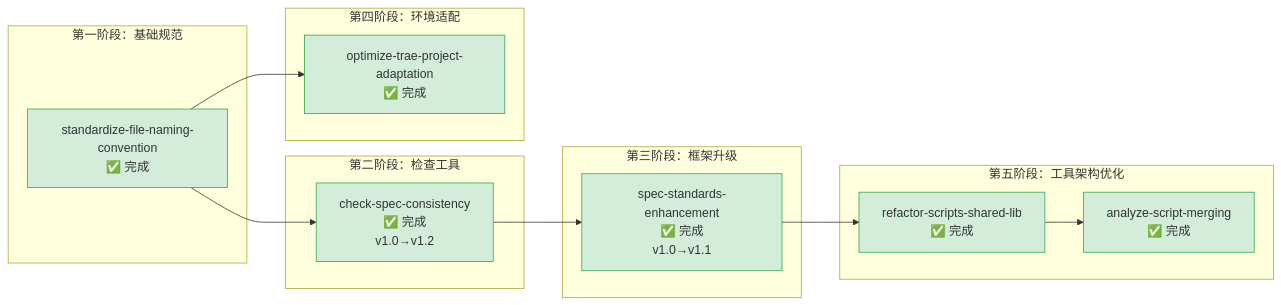
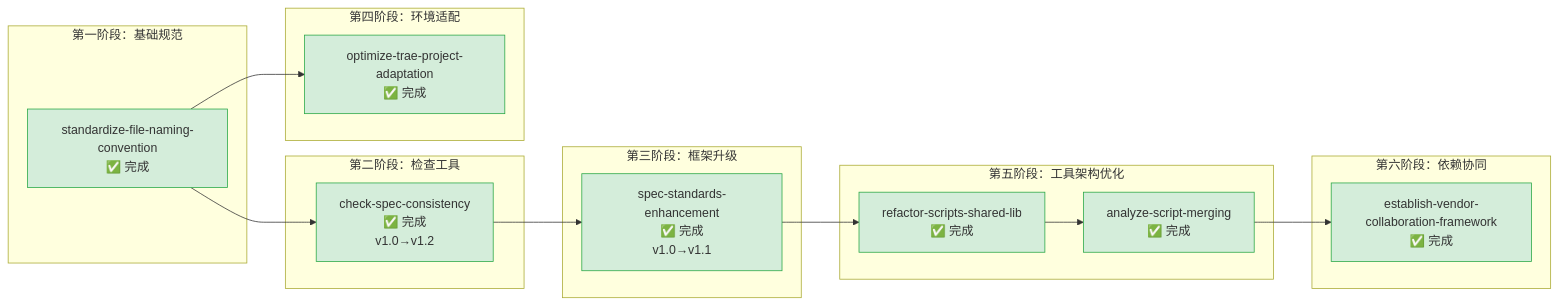
One commit to xinetzone/SpecWeave changed the diagram in .trae/specs/standards-tools/README.md. Above: the diagram before and after it, drawn with Mermaid. The commit also changed other lines of this file and 12 other files, not shown here.

````diff
--- a/.trae/specs/standards-tools/README.md
+++ b/.trae/specs/standards-tools/README.md
@@ -26,30 +27,35 @@
 ```mermaid
 flowchart LR
     subgraph S1 ["第一阶段：基础规范"]
         SFNC["standardize-file-naming-convention<br>✅ 完成"]
     end
     subgraph S2 ["第二阶段：检查工具"]
         CSC["check-spec-consistency<br>✅ 完成<br>v1.0→v1.2"]
     end
     subgraph S3 ["第三阶段：框架升级"]
         SSE["spec-standards-enhancement<br>✅ 完成<br>v1.0→v1.1"]
     end
     subgraph S4 ["第四阶段：环境适配"]
         OTPA["optimize-trae-project-adaptation<br>✅ 完成"]
     end
     subgraph S5 ["第五阶段：工具架构优化"]
         RSL["refactor-scripts-shared-lib<br>✅ 完成"]
         ASM["analyze-script-merging<br>✅ 完成"]
     end
+    subgraph S6 ["第六阶段：依赖协同"]
+        EVCF["establish-vendor-collaboration-framework<br>✅ 完成"]
+    end
     SFNC --> CSC
     CSC --> SSE
     SFNC --> OTPA
     SSE --> RSL
     RSL --> ASM
+    ASM --> EVCF
     style SFNC fill:#d4edda,stroke:#28a745
     style CSC fill:#d4edda,stroke:#28a745
     style SSE fill:#d4edda,stroke:#28a745
     style OTPA fill:#d4edda,stroke:#28a745
     style RSL fill:#d4edda,stroke:#28a745
     style ASM fill:#d4edda,stroke:#28a745
+    style EVCF fill:#d4edda,stroke:#28a745
 ```
````
